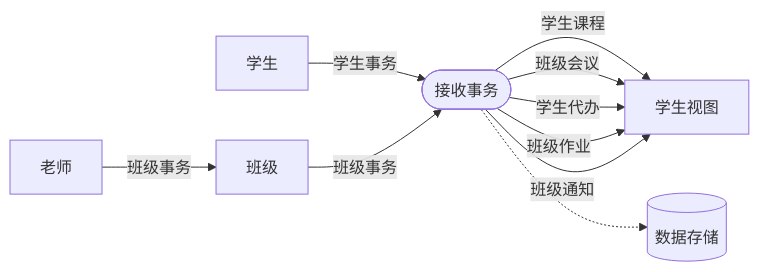
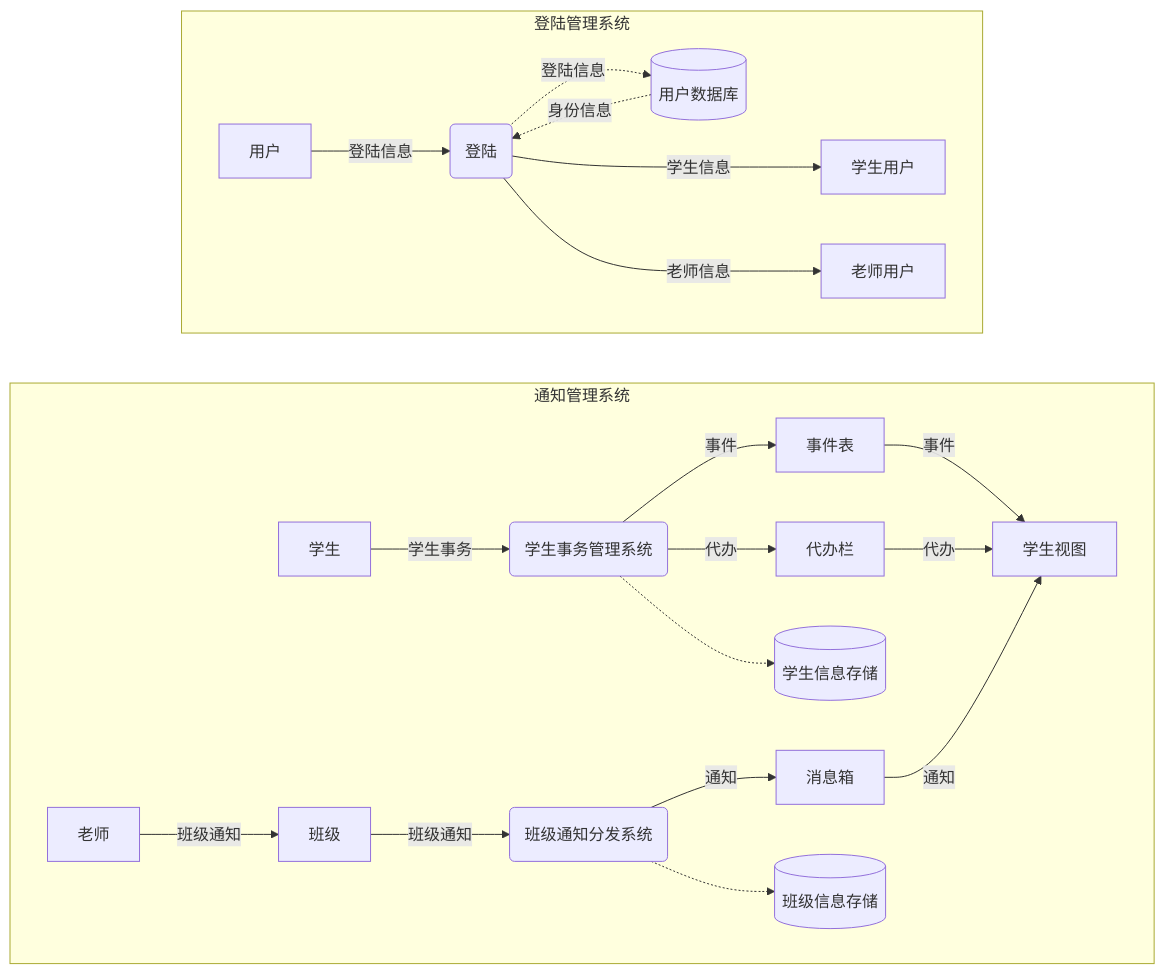
One commit to Group-Lynx/grid changed the diagram in doc/need-anal/func-lv2.mmd. Above: the diagram before and after it, drawn with Mermaid. The commit also changed other lines of this file and 2 other files, not shown here.

Commit message:
更新: 数据流图

```diff
--- a/doc/need-anal/func-lv2.mmd
+++ b/doc/need-anal/func-lv2.mmd
@@ -1,19 +1,48 @@
 flowchart LR
-    student_dest["学生视图"]
-    student["学生"]
-    Class["班级"]
-    teacher["老师"]
-    storage[("数据存储")]
-    event_center(["接收事务"])
+    subgraph InfoSys["通知管理系统"]
+        direction LR
 
-    event_center -->|"学生课程"| student_dest
-    event_center -->|"班级会议"| student_dest
-    event_center -->|"学生代办"| student_dest
-    event_center -->|"班级作业"| student_dest
-    event_center -->|"班级通知"| student_dest
+        Student["学生"]
+        Teacher["老师"]
+        Class["班级"]
+        StudentView["学生视图"]
+        EventView["事件表"]
+        TodoView["代办栏"]
+        MsgView["消息箱"]
+        EventDistribute("班级通知分发系统")
+        EventCenter("学生事务管理系统")
+        StudentDB[("学生信息存储")]
+        ClassDB[("班级信息存储")]
 
-    event_center -.-> storage
-    
-    student -->|"学生事务"| event_center
-    
-    teacher -->|"班级事务"| Class -->|"班级事务"| event_center
+        Student -->|"学生事务"| EventCenter
+        EventCenter -->|"事件"| EventView
+        EventCenter -->|"代办"| TodoView
+
+        Teacher -->|"班级通知"| Class -->|"班级通知"| EventDistribute -->|"通知"| MsgView
+
+        EventView -->|"事件"| StudentView
+        TodoView -->|"代办"| StudentView
+        MsgView -->|"通知"| StudentView
+
+        EventCenter -.-> StudentDB
+        EventDistribute -.-> ClassDB
+
+    end
+
+    subgraph LoginSys["登陆管理系统"]
+        direction LR
+
+        User["用户"]
+        Login("登陆")
+        StuUser["学生用户"]
+        TchUser["老师用户"]
+
+        UserDB[("用户数据库")]
+
+        User -->|"登陆信息"| Login
+        Login --->|"学生信息"| StuUser
+        Login --->|"老师信息"| TchUser
+
+        Login -.->|"登陆信息"| UserDB
+        UserDB -.->|"身份信息"| Login
+    end
```
